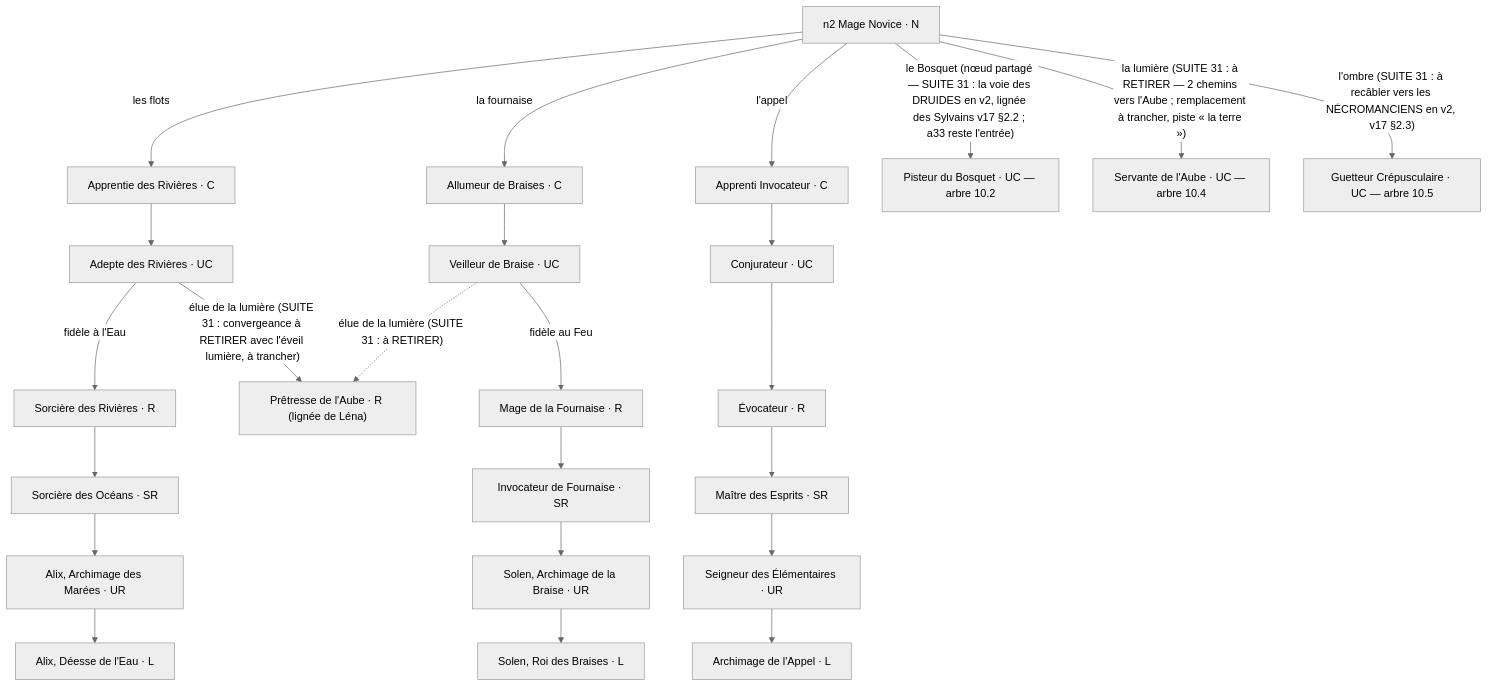
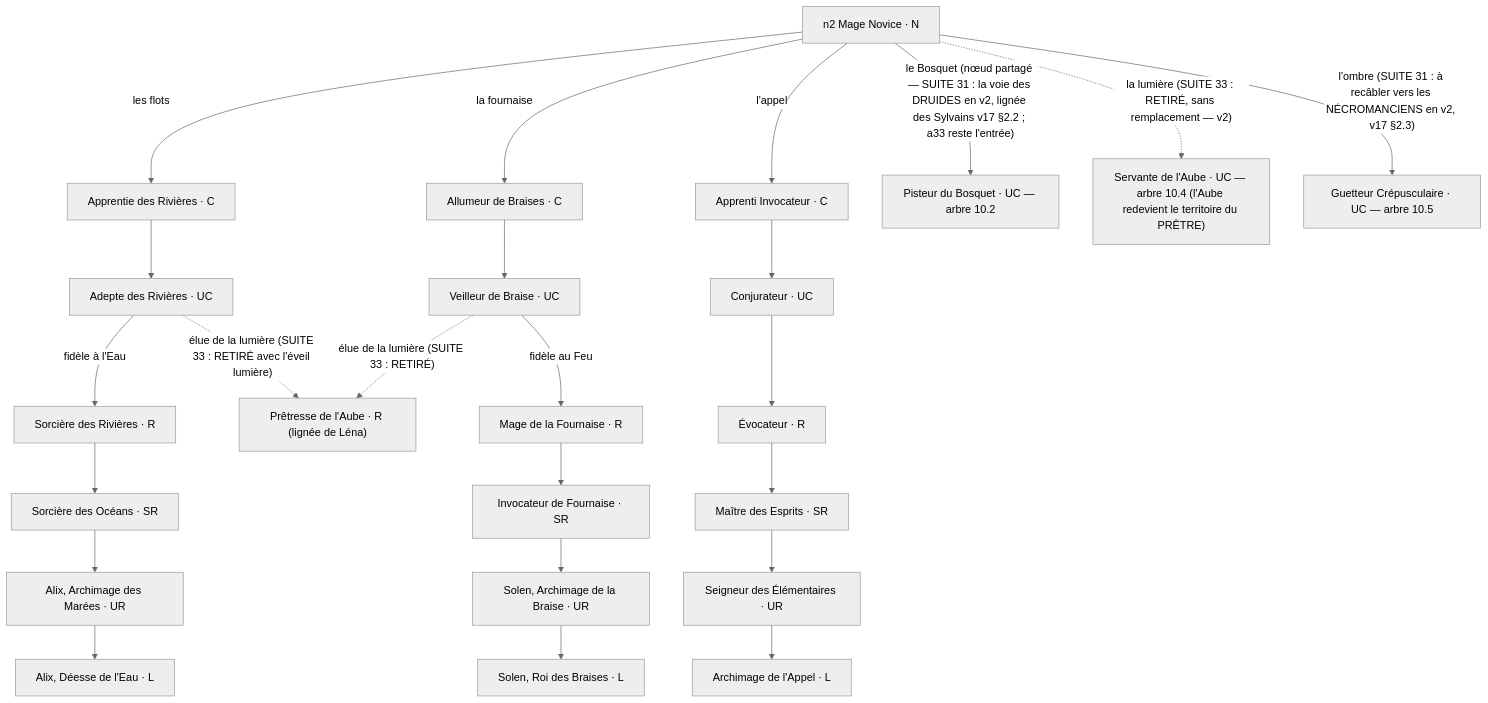
The third of 15 diagrams in docs/design/design-arbres-v18.md (mobize191/aicg-lignees), drawn with Mermaid (neutral theme) before and after one commit. The commit also changed other lines of this file and 5 other files, not shown here.

````diff
--- a/docs/design/design-arbres-v18.md
+++ b/docs/design/design-arbres-v18.md
@@ -342,26 +342,26 @@
 ```mermaid
 flowchart TD
   N2["n2 Mage Novice · N"] -->|"les flots"| A5["Apprentie des Rivières · C"]
   N2 -->|"la fournaise"| A19["Allumeur de Braises · C"]
   N2 -->|"l'appel"| V1["Apprenti Invocateur · C"]
   N2 -->|"le Bosquet (nœud partagé — SUITE 31 : la voie des DRUIDES en v2, lignée des Sylvains v17 §2.2 ; a33 reste l'entrée)"| A33["Pisteur du Bosquet · UC — arbre 10.2"]
-  N2 -->|"la lumière (SUITE 31 : à RETIRER — 2 chemins vers l'Aube ; remplacement à trancher, piste « la terre »)"| S13["Servante de l'Aube · UC — arbre 10.4"]
+  N2 -.->|"la lumière (SUITE 33 : RETIRÉ, sans remplacement — v2)"| S13["Servante de l'Aube · UC — arbre 10.4 (l'Aube redevient le territoire du PRÊTRE)"]
   N2 -->|"l'ombre (SUITE 31 : à recâbler vers les NÉCROMANCIENS en v2, v17 §2.3)"| A31["Guetteur Crépusculaire · UC — arbre 10.5"]
   A5 --> A29["Adepte des Rivières · UC"]
   A19 --> A32["Veilleur de Braise · UC"]
   A29 -->|"fidèle à l'Eau"| A8["Sorcière des Rivières · R"]
-  A29 -->|"élue de la lumière (SUITE 31 : convergeance à RETIRER avec l'éveil lumière, à trancher)"| S5["Prêtresse de l'Aube · R (lignée de Léna)"]
+  A29 -.->|"élue de la lumière (SUITE 33 : RETIRÉ avec l'éveil lumière)"| S5["Prêtresse de l'Aube · R (lignée de Léna)"]
   A32 -->|"fidèle au Feu"| A20["Mage de la Fournaise · R"]
-  A32 -.->|"élue de la lumière (SUITE 31 : à RETIRER)"| S5
+  A32 -.->|"élue de la lumière (SUITE 33 : RETIRÉ)"| S5
   A8 --> A11["Sorcière des Océans · SR"]
   A11 --> A13["Alix, Archimage des Marées · UR"]
   A13 --> A14["Alix, Déesse de l'Eau · L"]
   A20 --> A21["Invocateur de Fournaise · SR"]
   A21 --> A22["Solen, Archimage de la Braise · UR"]
   A22 --> A23["Solen, Roi des Braises · L"]
   V1 --> V2["Conjurateur · UC"]
   V2 --> V3["Évocateur · R"]
   V3 --> V4["Maître des Esprits · SR"]
   V4 --> V5["Seigneur des Élémentaires · UR"]
   V5 --> V6["Archimage de l'Appel · L"]
 ```
````
